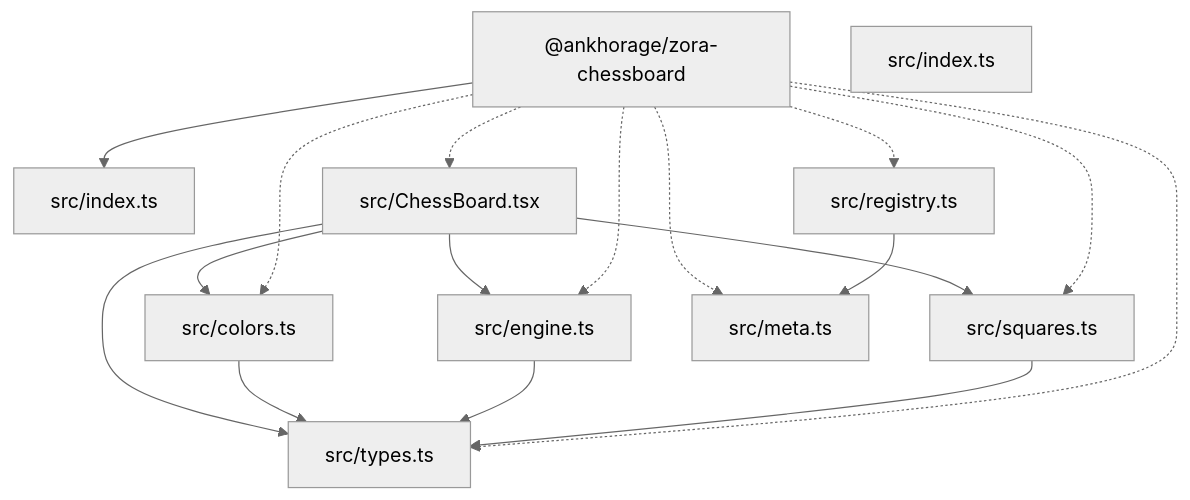
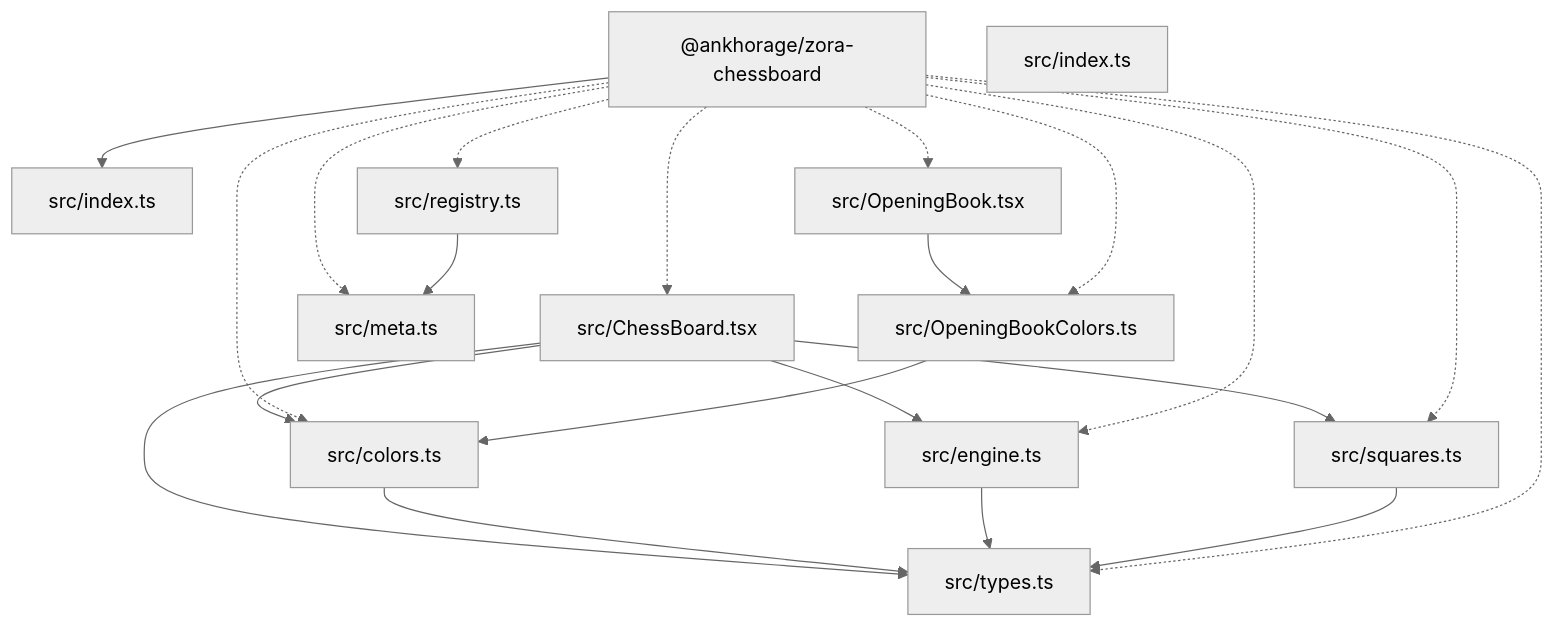
The diagram in README.md (ankhorage/zora-chessboard), drawn with Mermaid (neutral theme) before and after one commit. The commit also changed other lines of this file and 16 other files, not shown here.

First line of the commit message:
feat: add OpeningBook component (#4)

````diff
--- a/README.md
+++ b/README.md
@@ -28,29 +29,35 @@
 ```mermaid
 graph TD
   package__ankhorage_zora_chess["@ankhorage/zora-chessboard"]
   entrypoint_src_index_ts["src/index.ts"]
   package__ankhorage_zora_chess --> entrypoint_src_index_ts
   module_src_ChessBoard_tsx["src/ChessBoard.tsx"]
   package__ankhorage_zora_chess -.-> module_src_ChessBoard_tsx
   module_src_ChessBoard_tsx --> module_src_colors_ts
   module_src_ChessBoard_tsx --> module_src_engine_ts
   module_src_ChessBoard_tsx --> module_src_squares_ts
   module_src_ChessBoard_tsx --> module_src_types_ts
   module_src_colors_ts["src/colors.ts"]
   package__ankhorage_zora_chess -.-> module_src_colors_ts
   module_src_colors_ts --> module_src_types_ts
   module_src_engine_ts["src/engine.ts"]
   package__ankhorage_zora_chess -.-> module_src_engine_ts
   module_src_engine_ts --> module_src_types_ts
   module_src_index_ts["src/index.ts"]
   module_src_meta_ts["src/meta.ts"]
   package__ankhorage_zora_chess -.-> module_src_meta_ts
+  module_src_OpeningBook_tsx["src/OpeningBook.tsx"]
+  package__ankhorage_zora_chess -.-> module_src_OpeningBook_tsx
+  module_src_OpeningBook_tsx --> module_src_OpeningBookColors_ts
+  module_src_OpeningBookColors_ts["src/OpeningBookColors.ts"]
+  package__ankhorage_zora_chess -.-> module_src_OpeningBookColors_ts
+  module_src_OpeningBookColors_ts --> module_src_colors_ts
   module_src_registry_ts["src/registry.ts"]
   package__ankhorage_zora_chess -.-> module_src_registry_ts
   module_src_registry_ts --> module_src_meta_ts
   module_src_squares_ts["src/squares.ts"]
   package__ankhorage_zora_chess -.-> module_src_squares_ts
   module_src_squares_ts --> module_src_types_ts
   module_src_types_ts["src/types.ts"]
   package__ankhorage_zora_chess -.-> module_src_types_ts
 ```
````
